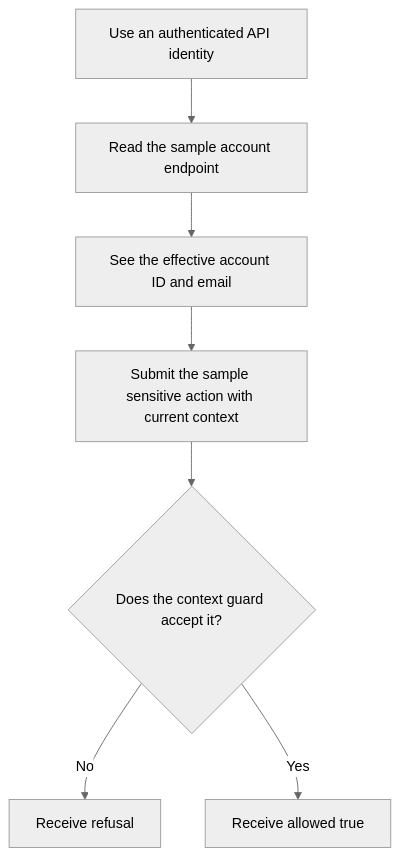
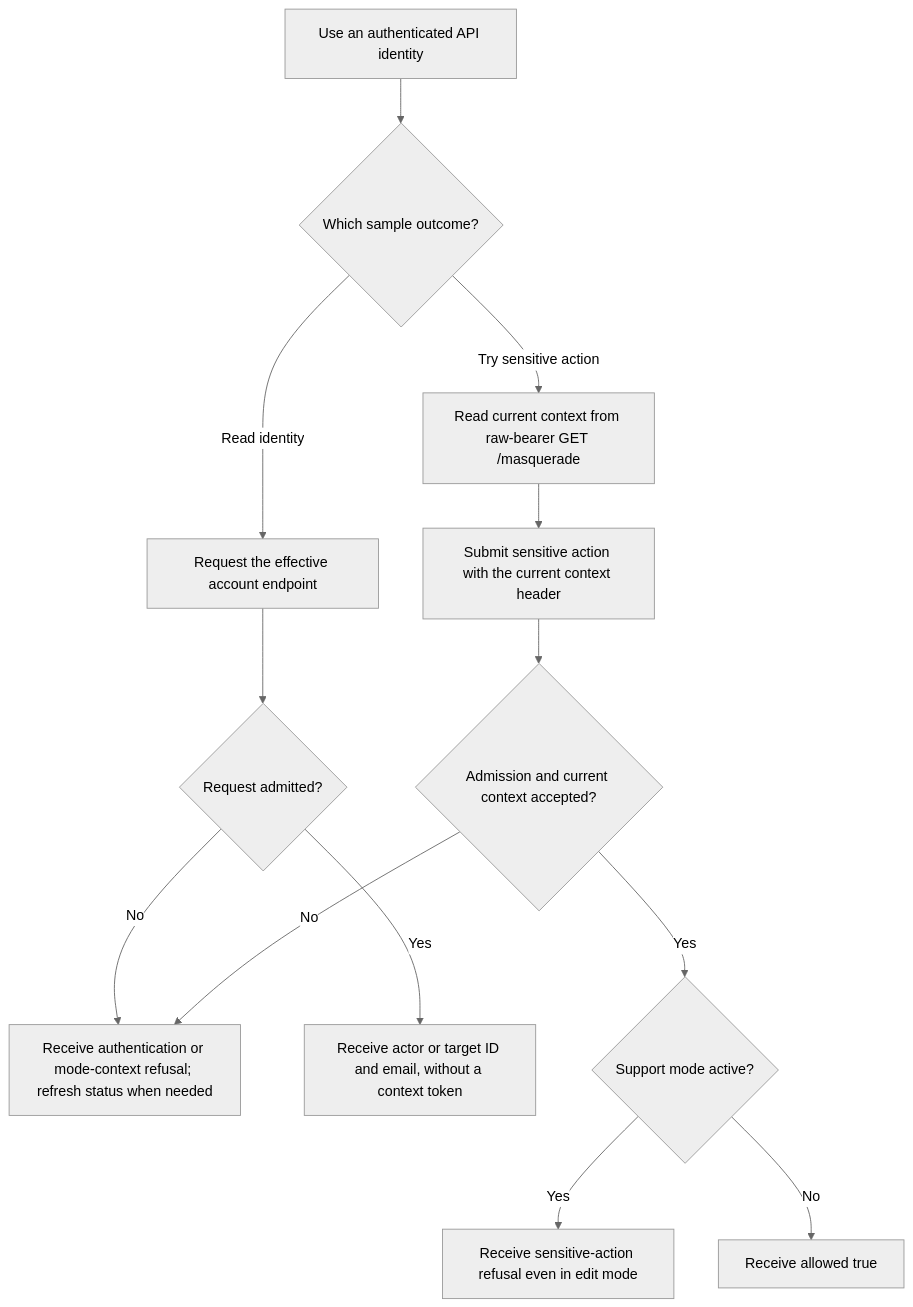
Before and after one commit to Kevinjohn/oss-adonisjs-starter-examples: the first of 2 diagrams in user-stories/api/us-api-22-read-masquerade-sample.md, drawn with Mermaid (neutral theme). The commit also changed other lines of this file and 22 other files, not shown here.

````diff
--- a/user-stories/api/us-api-22-read-masquerade-sample.md
+++ b/user-stories/api/us-api-22-read-masquerade-sample.md
@@ -20,9 +21,15 @@
 ```mermaid
 flowchart TD
-    A["Use an authenticated API identity"] --> B["Read the sample account endpoint"]
-    B --> C["See the effective account ID and email"]
-    C --> D["Submit the sample sensitive action with current context"]
-    D --> E{"Does the context guard accept it?"}
-    E -->|No| F["Receive refusal"]
-    E -->|Yes| G["Receive allowed true"]
+    A["Use an authenticated API identity"] --> B{"Which sample outcome?"}
+    B -->|Read identity| C["Request the effective account endpoint"]
+    C --> D{"Request admitted?"}
+    D -->|No| E["Receive authentication or mode-context refusal; refresh status when needed"]
+    D -->|Yes| F["Receive actor or target ID and email, without a context token"]
+    B -->|Try sensitive action| G["Read current context from raw-bearer GET /masquerade"]
+    G --> H["Submit sensitive action with the current context header"]
+    H --> I{"Admission and current context accepted?"}
+    I -->|No| E
+    I -->|Yes| J{"Support mode active?"}
+    J -->|Yes| K["Receive sensitive-action refusal even in edit mode"]
+    J -->|No| L["Receive allowed true"]
 ```
````
